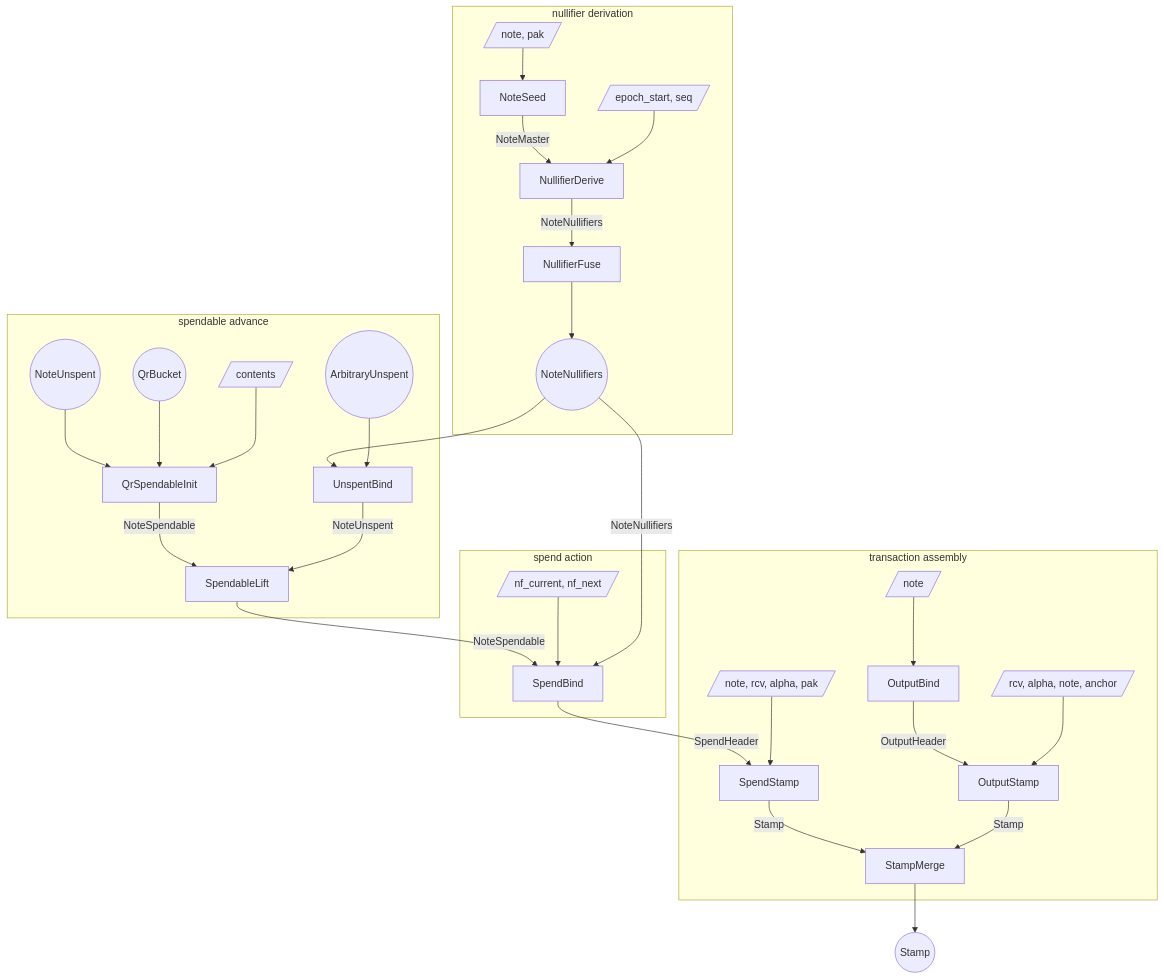
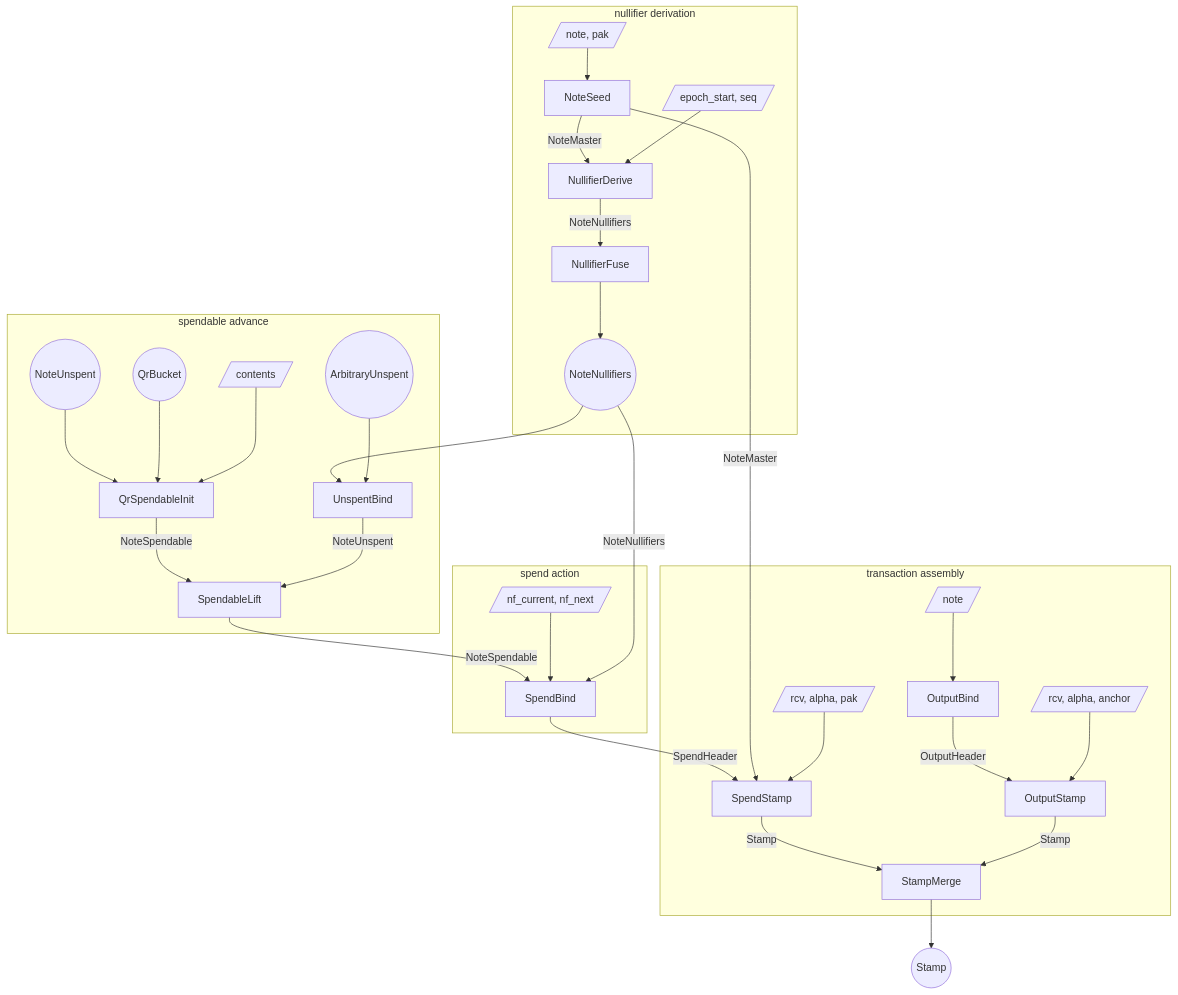
The first of 3 diagrams in book/src/proof-tree.md (tachyon-zcash/tachyon), drawn with Mermaid before and after one commit. The commit also changed other lines of this file and 9 other files, not shown here.

````diff
--- a/book/src/proof-tree.md
+++ b/book/src/proof-tree.md
@@ -289,65 +289,66 @@
 ```mermaid
 flowchart TB
   subgraph derive [nullifier derivation]
     w_seed[/note, pak/]
     s_seed[NoteSeed]
     w_window[/epoch_start, seq/]
     s_window[NullifierDerive]
     s_dfuse[NullifierFuse]
     nf_range((NoteNullifiers))
   end
 
   subgraph spendable [spendable advance]
     bucket_in((QrBucket))
     creation_in((NoteUnspent))
     w_init[/contents/]
     s_init[QrSpendableInit]
     unspent_in((ArbitraryUnspent))
     s_unspentbind[UnspentBind]
     s_lift[SpendableLift]
   end
 
   subgraph spend_stamp [spend action]
     w_bind[/nf_current, nf_next/]
     s_bind[SpendBind]
   end
 
   subgraph merge [transaction assembly]
-    w_stamp[/note, rcv, alpha, pak/]
+    w_stamp[/rcv, alpha, pak/]
     s_spendstamp[SpendStamp]
     w_outbind[/note/]
     s_outbind[OutputBind]
-    w_output[/rcv, alpha, note, anchor/]
+    w_output[/rcv, alpha, anchor/]
     s_output[OutputStamp]
     s_merge[StampMerge]
   end
 
   stamp_out((Stamp))
 
   w_seed --> s_seed
   s_seed -->|NoteMaster| s_window
   w_window --> s_window
   s_window -->|NoteNullifiers| s_dfuse
   s_dfuse --> nf_range
 
   creation_in --> s_init
   bucket_in --> s_init
   w_init --> s_init
   nf_range --> s_unspentbind
   unspent_in --> s_unspentbind
   s_init -->|NoteSpendable| s_lift
   s_unspentbind -->|NoteUnspent| s_lift
   s_lift -->|NoteSpendable| s_bind
 
   w_bind --> s_bind
   nf_range -->|NoteNullifiers| s_bind
   s_bind -->|SpendHeader| s_spendstamp
+  s_seed -->|NoteMaster| s_spendstamp
   w_stamp --> s_spendstamp
 
   w_outbind --> s_outbind
   s_outbind -->|OutputHeader| s_output
   w_output --> s_output
   s_spendstamp -->|Stamp| s_merge
   s_output -->|Stamp| s_merge
   s_merge --> stamp_out
 ```
````
